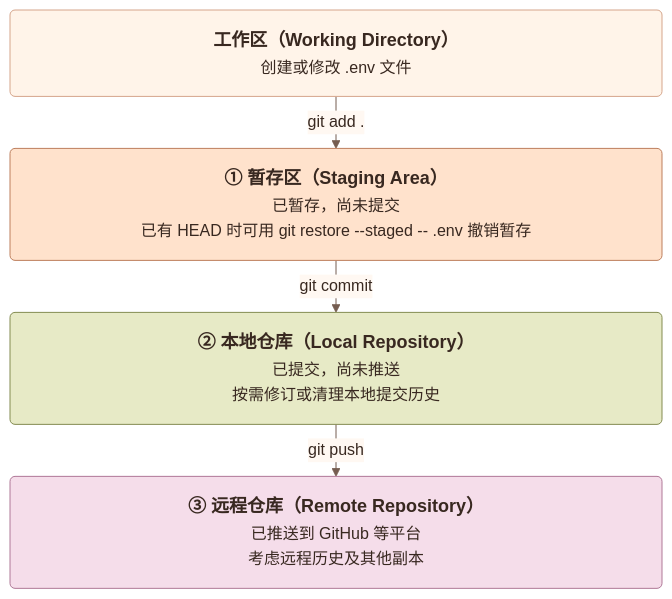
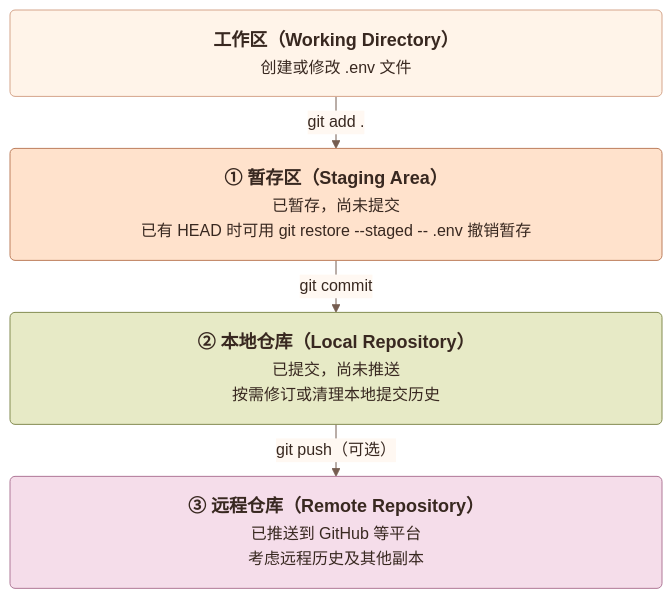
Before and after one commit to scpcddk/Learning-Notes: the second of 2 diagrams in 云原生/DevOps/Git.md, drawn with Mermaid. The commit also changed other lines of this file and 17 other files, not shown here.

````diff
--- a/云原生/DevOps/Git.md
+++ b/云原生/DevOps/Git.md
@@ -308,21 +640,21 @@
 ```mermaid
 %%{init: {"htmlLabels":true,"theme":"base","themeVariables":{"fontSize":"16px","lineColor":"#755d50","edgeLabelBackground":"#fff8f2","darkMode":false,"background":"#ffffff","primaryColor":"#ffe2cc","primaryTextColor":"#382820","primaryBorderColor":"#bd7f5d","secondaryColor":"#e7eac6","tertiaryColor":"#f5ddea","textColor":"#382820","actorBkg":"#e7eac6","actorBorder":"#838b50","actorTextColor":"#382820","signalColor":"#755d50","signalTextColor":"#382820","labelBoxBkgColor":"#ffe2cc","activationBkgColor":"#f5ddea","noteBkgColor":"#f5ddea","noteBorderColor":"#af7897","noteTextColor":"#382820","clusterBkg":"#fff6ed","clusterBorder":"#d5b49d"},"flowchart":{"curve":"linear","diagramPadding":12,"rankSpacing":28,"padding":16,"wrappingWidth":680},"themeCSS":"background-color: #ffffff;"}}%%
 flowchart TB
     W("<div style='width:620px;text-align:center;line-height:1.6'><b style='font-size:18px'>工作区（Working Directory）</b><br/>创建或修改 .env 文件</div>")
     S("<div style='width:620px;text-align:center;line-height:1.6'><b style='font-size:18px'>① 暂存区（Staging Area）</b><br/>已暂存，尚未提交<br/>已有 HEAD 时可用 git restore --staged -- .env 撤销暂存</div>")
     L("<div style='width:620px;text-align:center;line-height:1.6'><b style='font-size:18px'>② 本地仓库（Local Repository）</b><br/>已提交，尚未推送<br/>按需修订或清理本地提交历史</div>")
     R("<div style='width:620px;text-align:center;line-height:1.6'><b style='font-size:18px'>③ 远程仓库（Remote Repository）</b><br/>已推送到 GitHub 等平台<br/>考虑远程历史及其他副本</div>")
 
     W -->|"git add ."| S
     S -->|"git commit"| L
-    L -->|"git push"| R
+    L -->|"git push（可选）"| R
 
     classDef workspace fill:#fff4e9,stroke:#d5a58b,color:#382820,stroke-width:1px;
     classDef staged fill:#ffe2cc,stroke:#bd7f5d,color:#382820,stroke-width:1px;
     classDef local fill:#e7eac6,stroke:#838b50,color:#382820,stroke-width:1px;
     classDef remote fill:#f5ddea,stroke:#af7897,color:#382820,stroke-width:1px;
     class W workspace;
     class S staged;
     class L local;
     class R remote;
 ```
````
